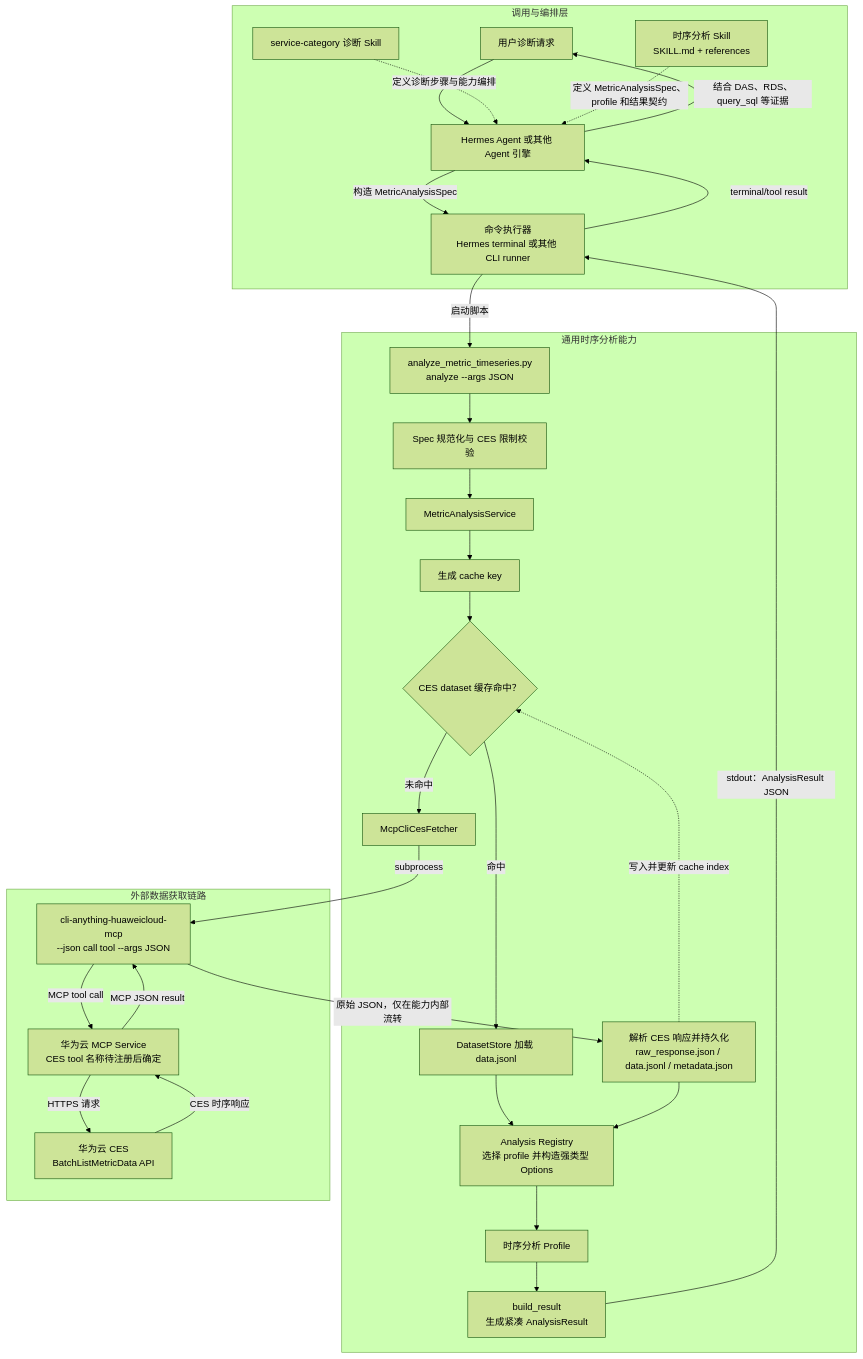
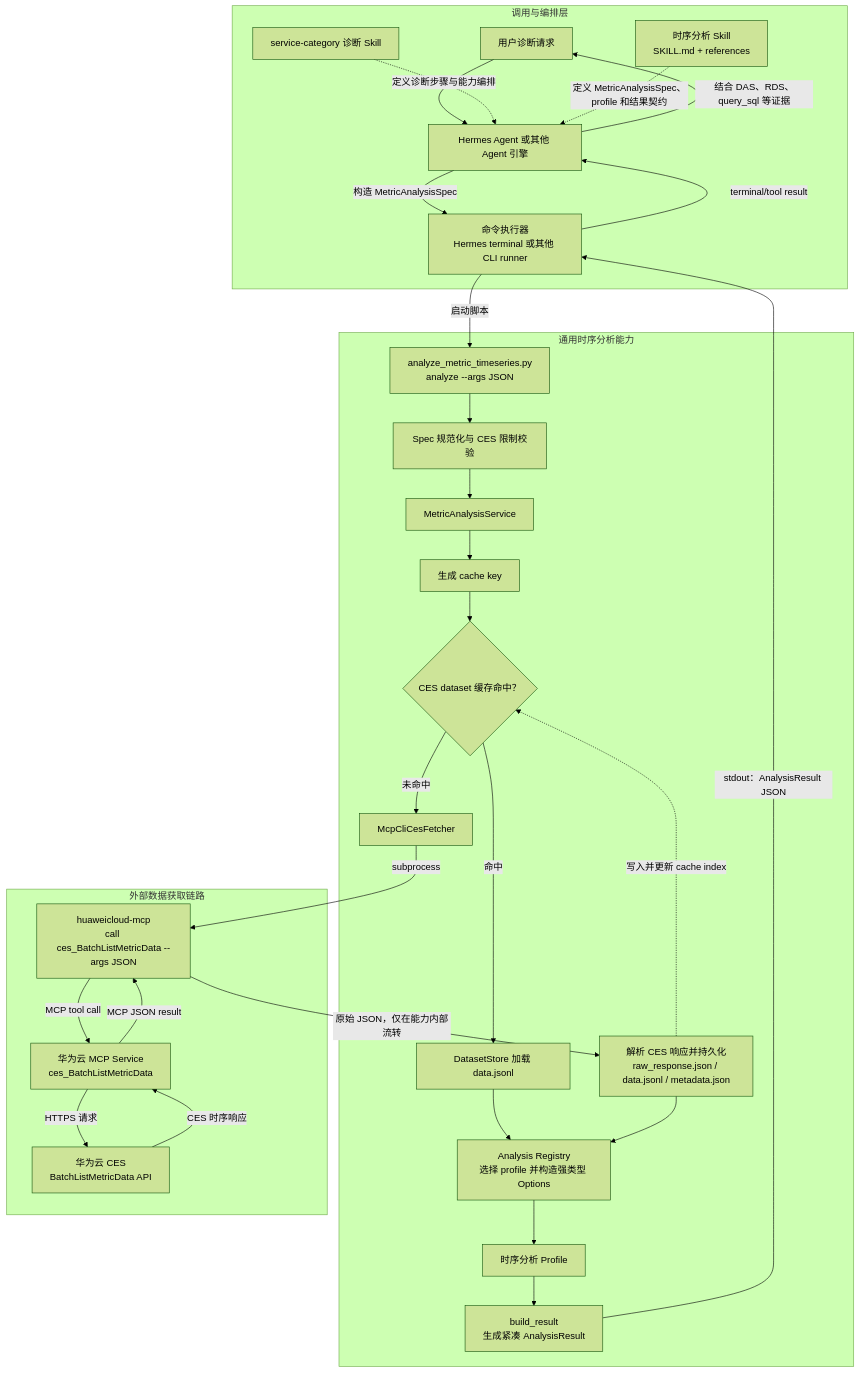
One commit to FangLinFeng-Gamer/tunnel changed the diagram in cloud/ces-timeseries-analysis-design-zh.md. Above: the diagram before and after it, drawn with Mermaid (forest theme). The commit also changed other lines of this file, not shown here.

````diff
--- a/cloud/ces-timeseries-analysis-design-zh.md
+++ b/cloud/ces-timeseries-analysis-design-zh.md
@@ -79,55 +81,55 @@
 ```mermaid
 flowchart TB
     subgraph Caller["调用与编排层"]
         User["用户诊断请求"]
         Engine["Hermes Agent 或其他 Agent 引擎"]
         ServiceSkill["service-category 诊断 Skill"]
         AnalysisSkill["时序分析 Skill<br/>SKILL.md + references"]
         Runner["命令执行器<br/>Hermes terminal 或其他 CLI runner"]
 
         User --> Engine
         ServiceSkill -. "定义诊断步骤与能力编排" .-> Engine
         AnalysisSkill -. "定义 MetricAnalysisSpec、profile 和结果契约" .-> Engine
         Engine -->|"构造 MetricAnalysisSpec"| Runner
     end
 
     subgraph Capability["通用时序分析能力"]
         CLI["analyze_metric_timeseries.py<br/>analyze --args JSON"]
         Normalize["Spec 规范化与 CES 限制校验"]
         Service["MetricAnalysisService"]
         Key["生成 cache key"]
         Cache{"CES dataset 缓存命中？"}
         Load["DatasetStore 加载 data.jsonl"]
         Fetcher["McpCliCesFetcher"]
         Persist["解析 CES 响应并持久化<br/>raw_response.json / data.jsonl / metadata.json"]
         Registry["Analysis Registry<br/>选择 profile 并构造强类型 Options"]
         Profile["时序分析 Profile"]
         Result["build_result<br/>生成紧凑 AnalysisResult"]
 
         CLI --> Normalize --> Service --> Key --> Cache
         Cache -->|"命中"| Load
         Cache -->|"未命中"| Fetcher
         Load --> Registry
         Persist --> Registry
         Registry --> Profile --> Result
     end
 
     subgraph Cloud["外部数据获取链路"]
-        McpCli["cli-anything-huaweicloud-mcp<br/>--json call tool --args JSON"]
-        McpService["华为云 MCP Service<br/>CES tool 名称待注册后确定"]
+        McpCli["huaweicloud-mcp<br/>call ces_BatchListMetricData --args JSON"]
+        McpService["华为云 MCP Service<br/>ces_BatchListMetricData"]
         CesApi["华为云 CES<br/>BatchListMetricData API"]
 
         McpCli -->|"MCP tool call"| McpService
         McpService -->|"HTTPS 请求"| CesApi
         CesApi -->|"CES 时序响应"| McpService
         McpService -->|"MCP JSON result"| McpCli
     end
 
     Runner -->|"启动脚本"| CLI
     Fetcher -->|"subprocess"| McpCli
     McpCli -->|"原始 JSON，仅在能力内部流转"| Persist
     Persist -. "写入并更新 cache index" .-> Cache
     Result -->|"stdout：AnalysisResult JSON"| Runner
     Runner -->|"terminal/tool result"| Engine
     Engine -->|"结合 DAS、RDS、query_sql 等证据"| User
 ```
````
